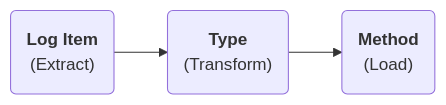
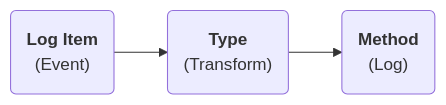
Before and after one commit to Badgerati/Pode: the diagram in docs/Tutorials/Logging/Overview.md, drawn with Mermaid. The commit also changed other lines of this file and 20 other files, not shown here.

Commit message:
adds support for overriding log method properties during a write call

````diff
--- a/docs/Tutorials/Logging/Overview.md
+++ b/docs/Tutorials/Logging/Overview.md
@@ -10,14 +10,14 @@
 ```mermaid
 graph LR
-    Extract("`**Log Item**
-    (Extract)`")
+    Event("`**Log Item**
+    (Event)`")
 
     Transform("`**Type**
     (Transform)`")
 
-    Load("`**Method**
-    (Load)`")
+    Log("`**Method**
+    (Log)`")
 
-    Extract --> Transform
-    Transform --> Load
+    Event --> Transform
+    Transform --> Log
 ```
````
